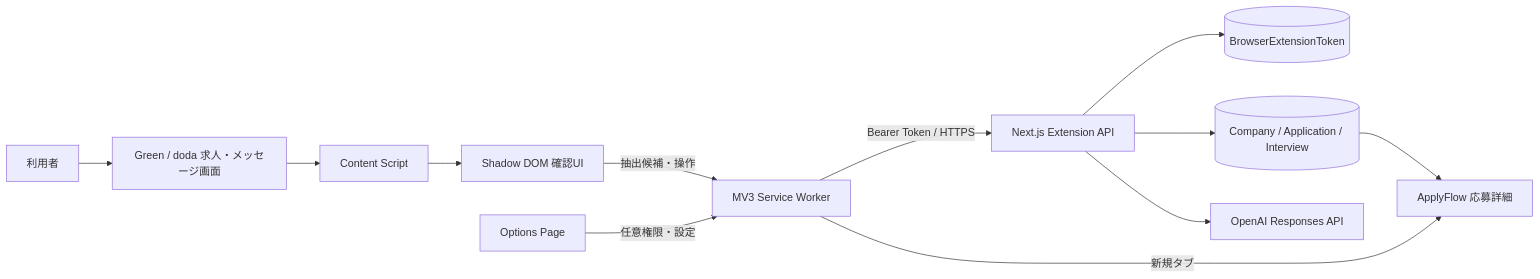
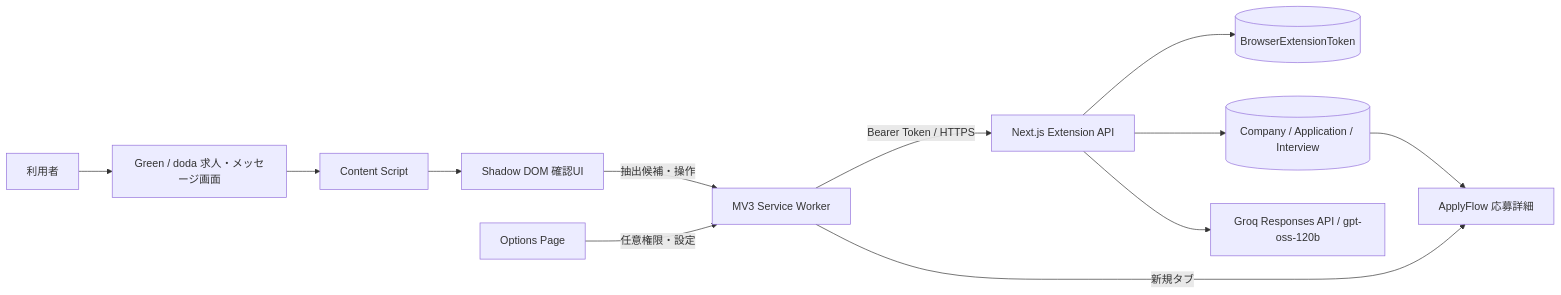
The first of 2 diagrams in docs/ApplyFlow_ブラウザ拡張機能設計書.md (S-ima7/ApplyFlow), drawn with Mermaid before and after one commit. The commit also changed other lines of this file and 54 other files, not shown here.

````diff
--- a/docs/ApplyFlow_ブラウザ拡張機能設計書.md
+++ b/docs/ApplyFlow_ブラウザ拡張機能設計書.md
@@ -111,14 +111,14 @@
 ```mermaid
 flowchart LR
     U[利用者] --> P[Green / doda 求人・メッセージ画面]
     P --> CS[Content Script]
     CS --> SD[Shadow DOM 確認UI]
     SD -->|抽出候補・操作| SW[MV3 Service Worker]
     SW -->|Bearer Token / HTTPS| API[Next.js Extension API]
     API --> TOK[(BrowserExtensionToken)]
     API --> APP[(Company / Application / Interview)]
-    API --> AI[OpenAI Responses API]
+    API --> AI[Groq Responses API / gpt-oss-120b]
     APP --> WEB[ApplyFlow 応募詳細]
     SW -->|新規タブ| WEB
     OPT[Options Page] -->|任意権限・設定| SW
 ```
````
